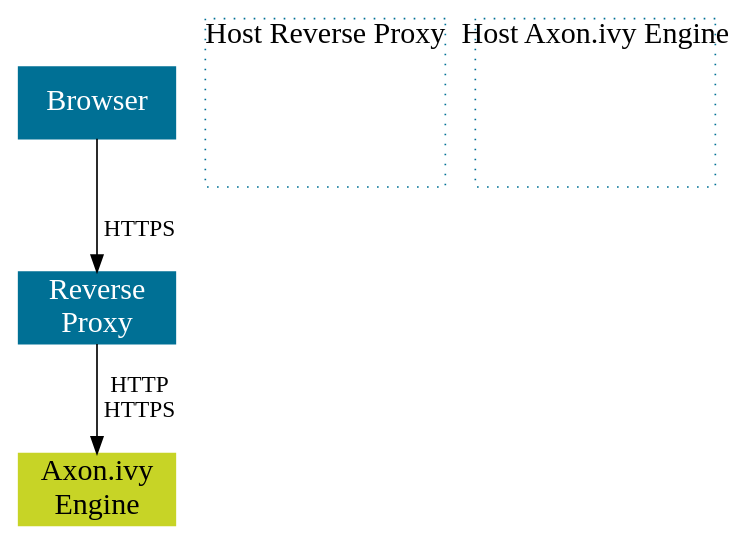
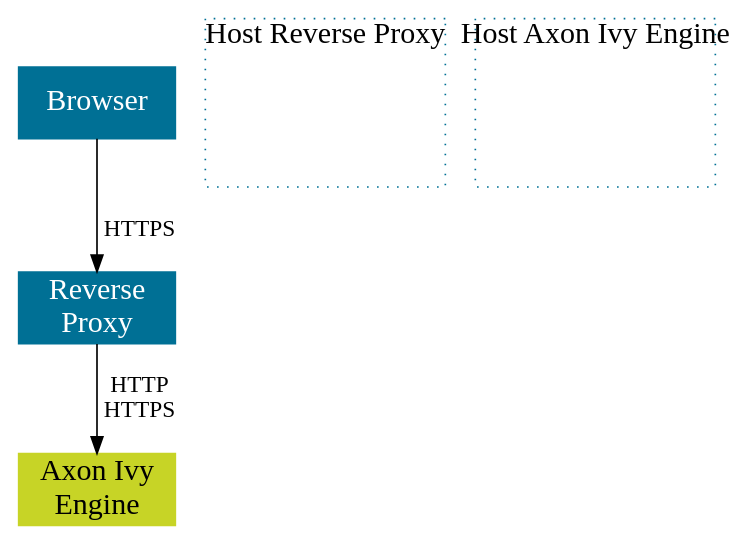
The diagram in source/engine-guide/integration/reverse-proxy/secure-setup/different-host.dot (bernhardAxonIvy/doc), drawn with Graphviz before and after one commit. The commit also changed 162 other files, not shown here.

Commit message:
XIVY-5540 Rebrand javadoc, doc and techdoc with Axon Ivy

```diff
--- a/source/engine-guide/integration/reverse-proxy/secure-setup/different-host.dot
+++ b/source/engine-guide/integration/reverse-proxy/secure-setup/different-host.dot
@@ -1,22 +1,22 @@
 
 digraph overview {
   node [
     shape=box, 
     style=filled,
     margin=0 width=2 height=0.8
     fontcolor="white",    
     color="#007095",
     fixedsize=true,
     fontsize=18
   ];
 
   browser [ label="Browser", pos = "0,2.5!", width="1.3" height="0.6"];
   reverseproxy [ label="Reverse\nProxy", pos="3,2.5!" width="1.3" height="0.6"]
-  engine [label="Axon.ivy\nEngine", pos="6,2.5!", height="0.6", width="1.3", color="#C7D426", fontcolor="black"];
+  engine [label="Axon Ivy\nEngine", pos="6,2.5!", height="0.6", width="1.3", color="#C7D426", fontcolor="black"];
 
   hostProxy [ label="Host Reverse Proxy",pos = "3.0,2.6!" width=2 height=1.4 style="dotted" fontcolor="black" labelloc="t"];
-  hostEngine [ label="Host Axon.ivy Engine",pos = "6.0,2.6!" width=2 height=1.4 style="dotted" fontcolor="black" labelloc="t"];
+  hostEngine [ label="Host Axon Ivy Engine",pos = "6.0,2.6!" width=2 height=1.4 style="dotted" fontcolor="black" labelloc="t"];
   
   browser -> reverseproxy [ label="HTTPS"];
   reverseproxy -> engine [ label="HTTP\nHTTPS" ];
 }
```
